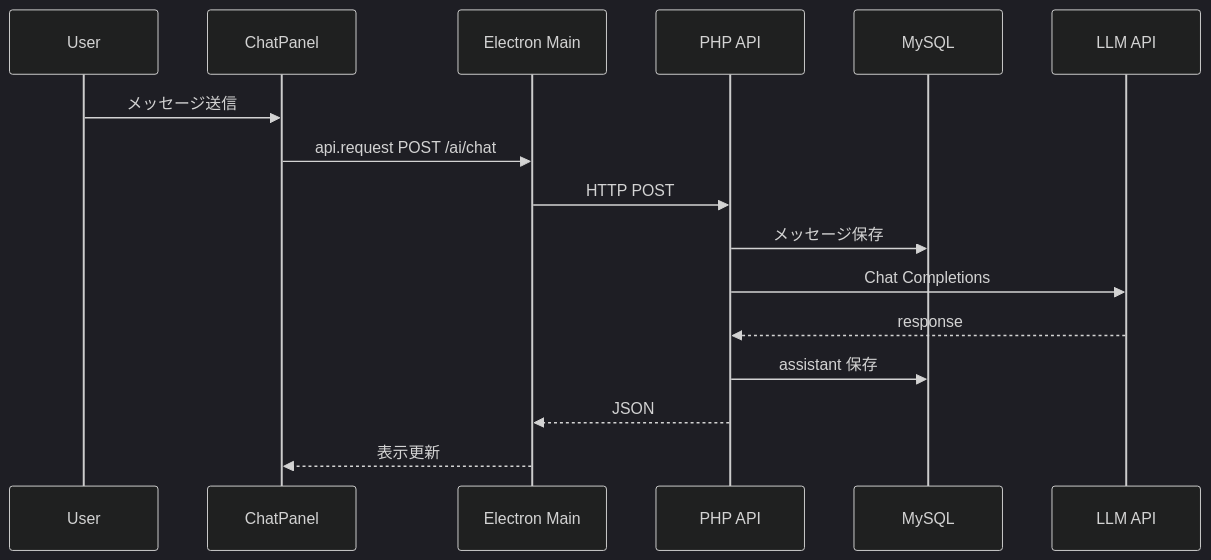
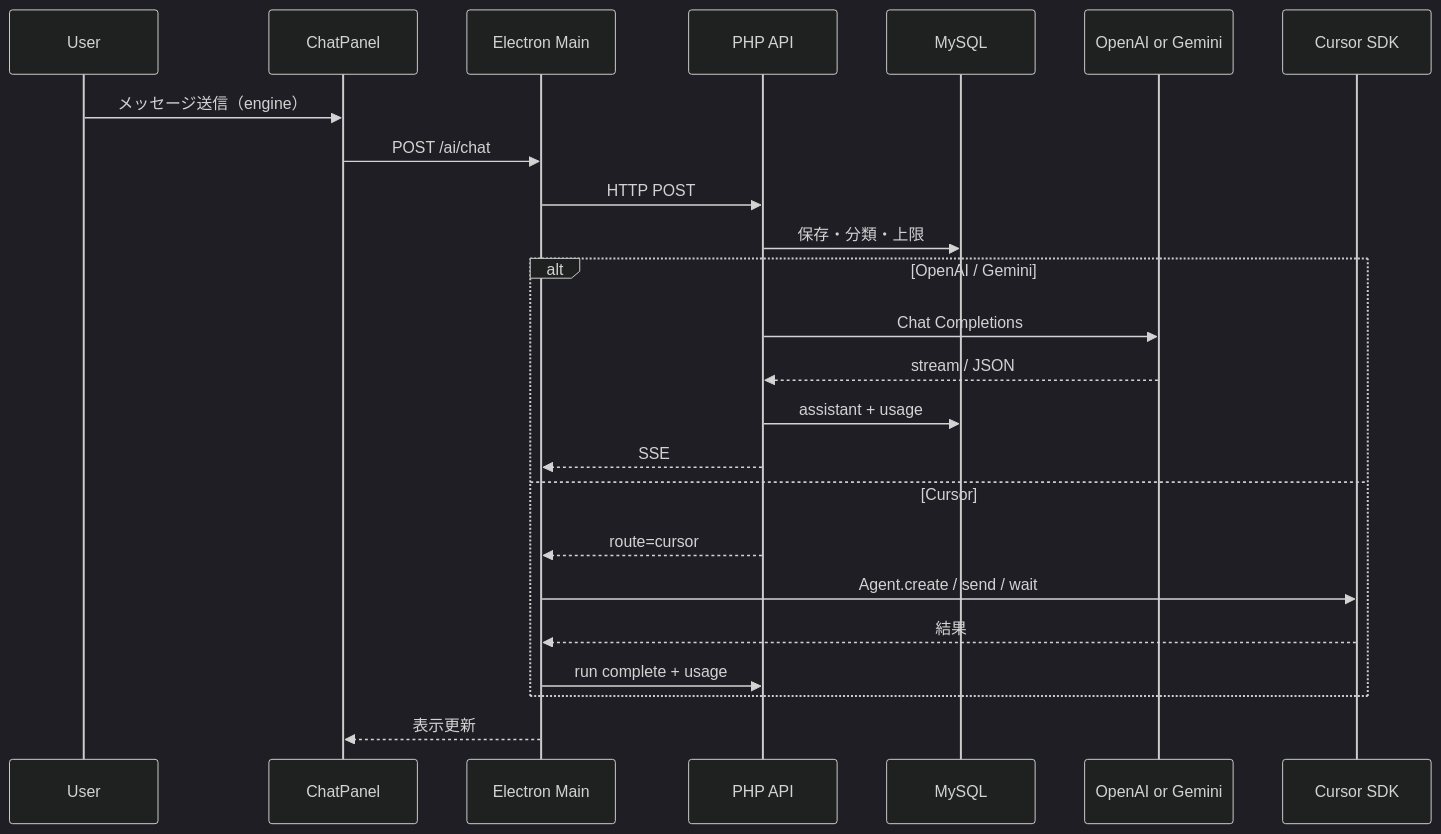
The fourth of 4 diagrams in docs/DESIGN.md (sa2kobayashi-creator/saforall), drawn with Mermaid (dark theme) before and after one commit. The commit also changed other lines of this file and 35 other files, not shown here.

Commit message:
AI Router で Cursor / OpenAI / Gemini / Workers AI を振り分け、モデル複数選択と月額上限制御を追加する。

````diff
--- a/docs/DESIGN.md
+++ b/docs/DESIGN.md
@@ -450,19 +459,27 @@
 ```mermaid
 sequenceDiagram
   participant U as User
   participant C as ChatPanel
   participant M as Electron Main
   participant P as PHP API
   participant D as MySQL
-  participant L as LLM API
+  participant L as OpenAI or Gemini
+  participant K as Cursor SDK
 
-  U->>C: メッセージ送信
-  C->>M: api.request POST /ai/chat
+  U->>C: メッセージ送信（engine）
+  C->>M: POST /ai/chat
   M->>P: HTTP POST
-  P->>D: メッセージ保存
-  P->>L: Chat Completions
-  L-->>P: response
-  P->>D: assistant 保存
-  P-->>M: JSON
+  P->>D: 保存・分類・上限
+  alt OpenAI / Gemini
+    P->>L: Chat Completions
+    L-->>P: stream / JSON
+    P->>D: assistant + usage
+    P-->>M: SSE
+  else Cursor
+    P-->>M: route=cursor
+    M->>K: Agent.create / send / wait
+    K-->>M: 結果
+    M->>P: run complete + usage
+  end
   M-->>C: 表示更新
 ```
````
